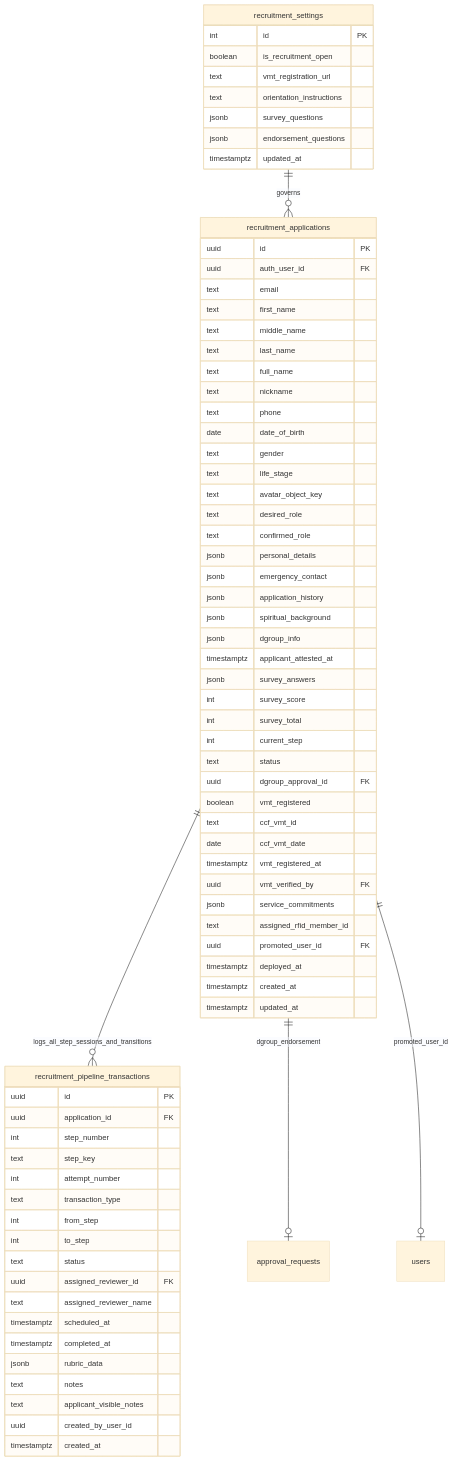
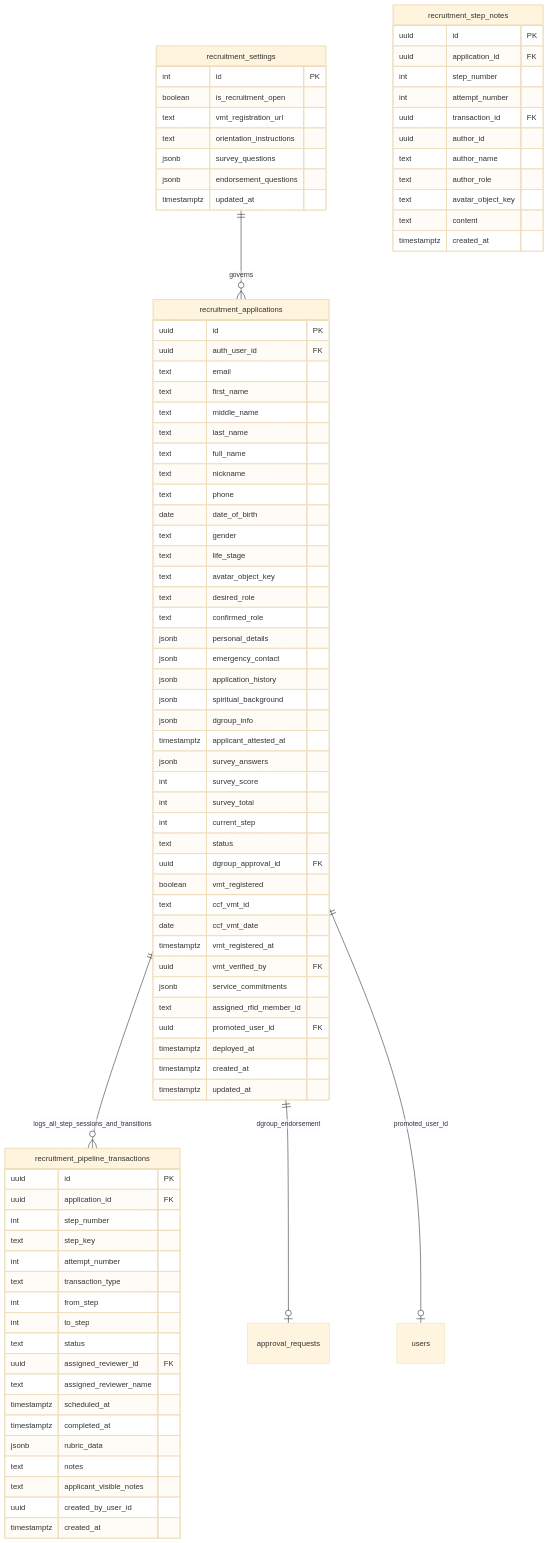
Before and after one commit to baronparedes/wc-event-registration: the second of 3 diagrams in docs/analysis/recruitment-pipeline-roadmap.md, drawn with Mermaid (base theme). The commit also changed other lines of this file and 189 other files, not shown here.

````diff
--- a/docs/analysis/recruitment-pipeline-roadmap.md
+++ b/docs/analysis/recruitment-pipeline-roadmap.md
@@ -243,4 +253,18 @@
         uuid created_by_user_id
         timestamptz created_at
     }
+
+    recruitment_step_notes {
+        uuid id PK
+        uuid application_id FK
+        int step_number
+        int attempt_number
+        uuid transaction_id FK
+        uuid author_id
+        text author_name
+        text author_role
+        text avatar_object_key
+        text content
+        timestamptz created_at
+    }
 ```
````
